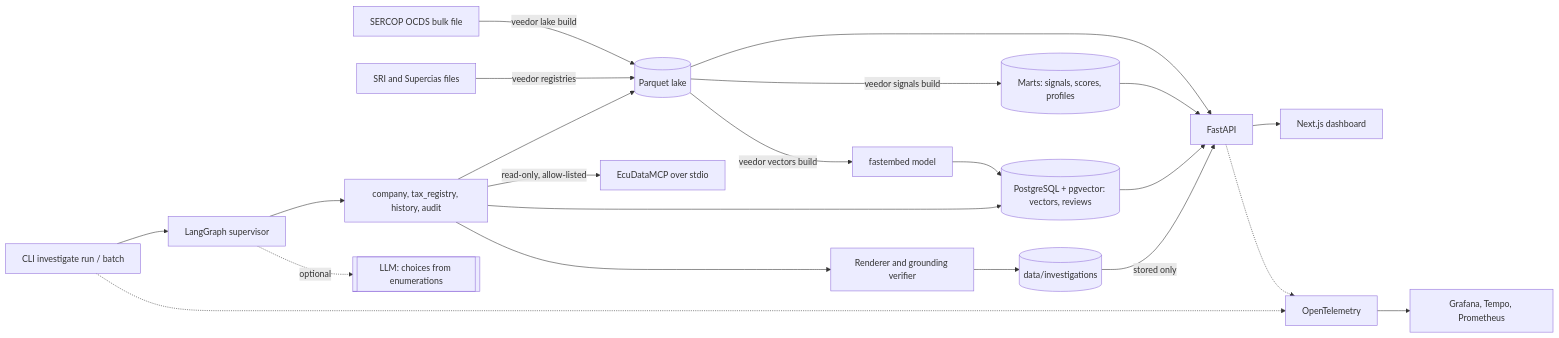
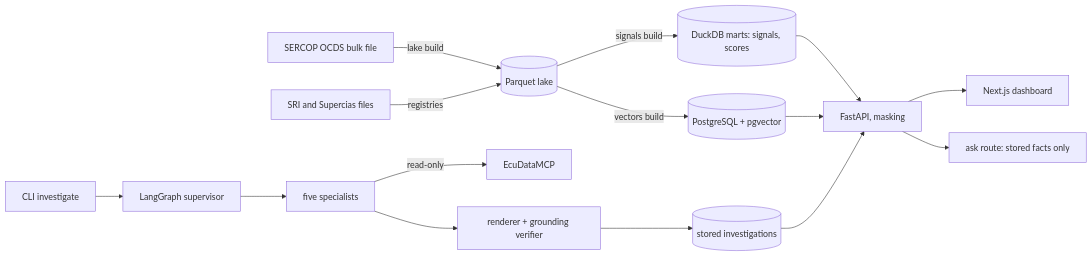
Before and after one commit to DweskZ/veedor: the diagram in README.md, drawn with Mermaid. The commit also changed other lines of this file and 2 other files, not shown here.

````diff
--- a/README.md
+++ b/README.md
@@ -289,23 +73,17 @@
 ```mermaid
 flowchart LR
-  B[SERCOP OCDS bulk file] -->|veedor lake build| LK[(Parquet lake)]
-  R[SRI and Supercias files] -->|veedor registries| LK
-  LK -->|veedor signals build| MT[(Marts: signals, scores, profiles)]
-  LK -->|veedor vectors build| EMB[fastembed model] --> PG[(PostgreSQL + pgvector: vectors, reviews)]
-  LK --> API[FastAPI]
-  MT --> API
+  OCDS[SERCOP OCDS bulk file] -->|lake build| LK[(Parquet lake)]
+  REG[SRI and Supercias files] -->|registries| LK
+  LK -->|signals build| MT[(DuckDB marts: signals, scores)]
+  LK -->|vectors build| PG[(PostgreSQL + pgvector)]
+  MT --> API[FastAPI, masking]
   PG --> API
   API --> WEB[Next.js dashboard]
-  CLI[CLI investigate run / batch] --> SUP[LangGraph supervisor]
-  SUP --> SPEC[company, tax_registry, history, audit]
-  SPEC -->|read-only, allow-listed| MCP[EcuDataMCP over stdio]
-  SPEC --> LK
-  SPEC --> PG
-  SUP -.optional.-> LLM[[LLM: choices from enumerations]]
-  SPEC --> VER[Renderer and grounding verifier]
-  VER --> INV[(data/investigations)]
-  INV -->|stored only| API
-  API -.-> OT[OpenTelemetry]
-  CLI -.-> OT
-  OT --> GR[Grafana, Tempo, Prometheus]
+  API --> ASK[ask route: stored facts only]
+  CLI[CLI investigate] --> SUP[LangGraph supervisor]
+  SUP --> SPEC[five specialists]
+  SPEC -->|read-only| MCP[EcuDataMCP]
+  SPEC --> VER[renderer + grounding verifier]
+  VER --> INV[(stored investigations)]
+  INV --> API
 ```
````
